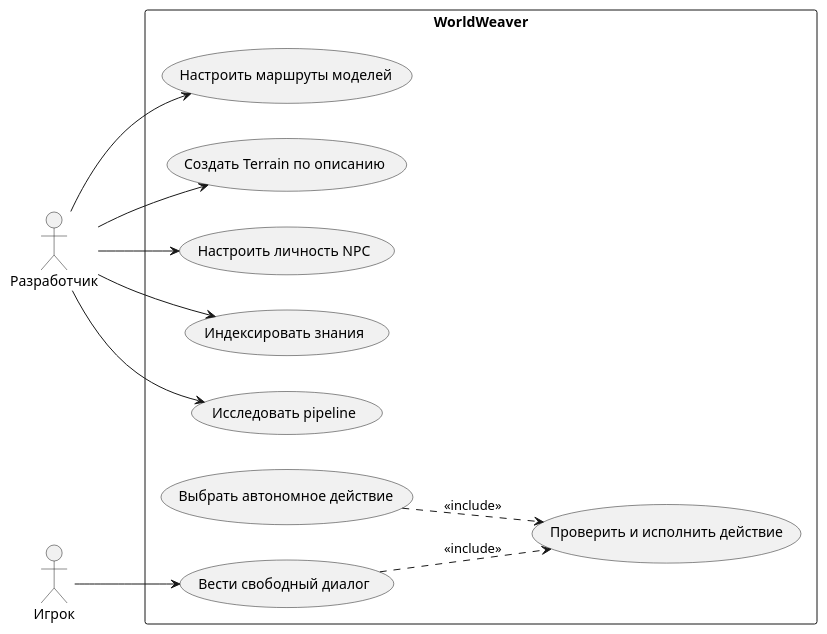
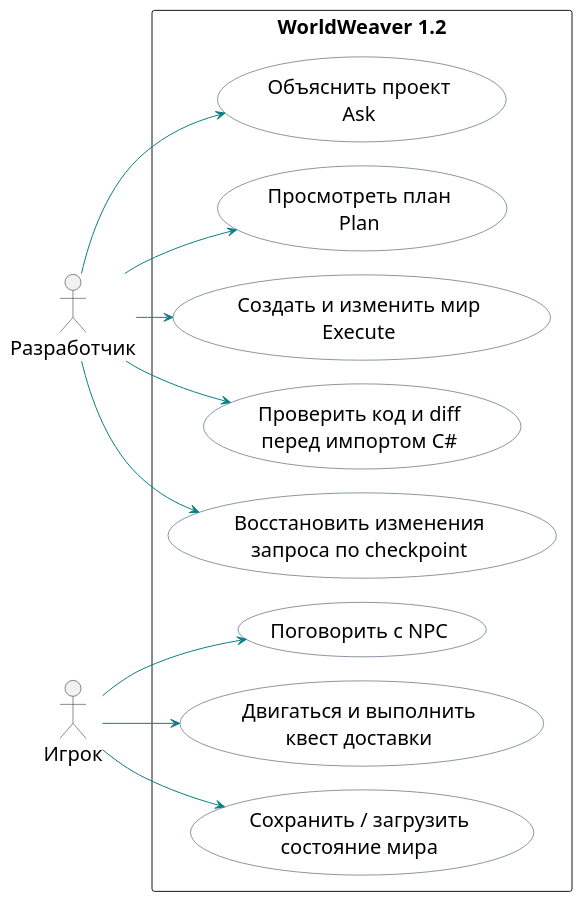
Before and after one commit to saslekawaiii/scenepilot-unity: the diagram in docs/uml/use-case.puml, drawn with PlantUML. The commit also changed 613 other files, not shown here.

First line of the commit message:
Implement WorldWeaver 1.2 agent, gameplay and model connections

```diff
--- a/docs/uml/use-case.puml
+++ b/docs/uml/use-case.puml
@@ -1,25 +1,33 @@
 @startuml
+skinparam defaultFontName Arial
+skinparam defaultFontSize 20
+skinparam ArrowFontSize 18
+skinparam shadowing false
+skinparam ArrowColor #087F86
+skinparam nodesep 24
+skinparam ranksep 30
+
 left to right direction
-skinparam defaultFontName Arial
-skinparam shadowing false
+skinparam usecaseBorderColor #142F46
+skinparam usecaseBackgroundColor white
 actor "Разработчик" as Developer
 actor "Игрок" as Player
-rectangle WorldWeaver {
- usecase "Настроить маршруты моделей" as Routes
- usecase "Создать Terrain по описанию" as Terrain
- usecase "Настроить личность NPC" as Author
- usecase "Индексировать знания" as Index
- usecase "Вести свободный диалог" as Talk
- usecase "Выбрать автономное действие" as Plan
- usecase "Проверить и исполнить действие" as Act
- usecase "Исследовать pipeline" as Trace
+rectangle "WorldWeaver 1.2" {
+ usecase "Объяснить проект\nAsk" as Ask
+ usecase "Просмотреть план\nPlan" as Plan
+ usecase "Создать и изменить мир\nExecute" as Execute
+ usecase "Проверить код и diff\nперед импортом C#" as Code
+ usecase "Восстановить изменения\nзапроса по checkpoint" as Restore
+ usecase "Поговорить с NPC" as Talk
+ usecase "Двигаться и выполнить\nквест доставки" as Quest
+ usecase "Сохранить / загрузить\nсостояние мира" as Save
 }
-Developer --> Routes
-Developer --> Terrain
-Developer --> Author
-Developer --> Index
-Developer --> Trace
+Developer --> Ask
+Developer --> Plan
+Developer --> Execute
+Developer --> Code
+Developer --> Restore
 Player --> Talk
-Talk ..> Act : <<include>>
-Plan ..> Act : <<include>>
+Player --> Quest
+Player --> Save
 @enduml
```
